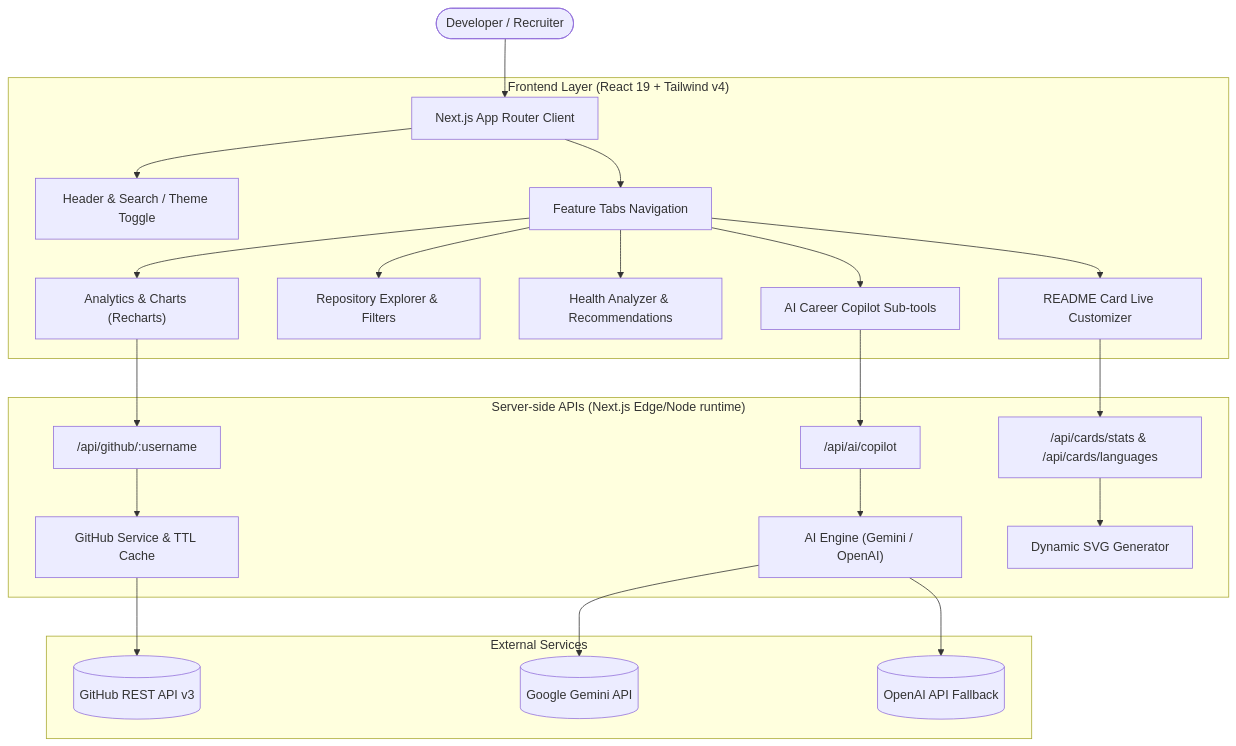
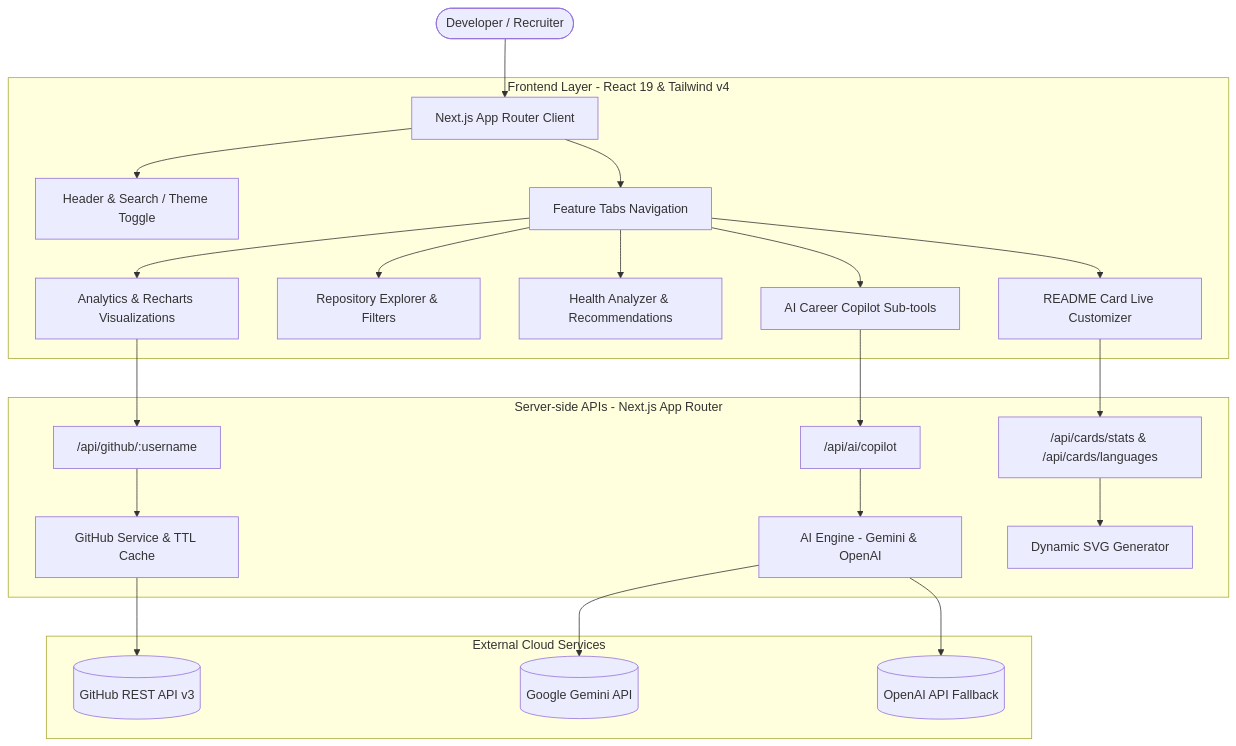
One commit to MdRakibul726/devpulse-ai changed the diagram in README.md. Above: the diagram before and after it, drawn with Mermaid.

Commit message:
fix: refine mermaid syntax for github markdown compatibility

````diff
--- a/README.md
+++ b/README.md
@@ -29,30 +29,30 @@
 ```mermaid
 flowchart TD
     User(["Developer / Recruiter"]) --> WebApp["Next.js App Router Client"]
     
-    subgraph Frontend ["Frontend Layer (React 19 + Tailwind v4)"]
+    subgraph Frontend["Frontend Layer - React 19 & Tailwind v4"]
         WebApp --> Header["Header & Search / Theme Toggle"]
         WebApp --> Tabs["Feature Tabs Navigation"]
-        Tabs --> DashView["Analytics & Charts (Recharts)"]
+        Tabs --> DashView["Analytics & Recharts Visualizations"]
         Tabs --> RepoView["Repository Explorer & Filters"]
         Tabs --> HealthView["Health Analyzer & Recommendations"]
         Tabs --> CopilotView["AI Career Copilot Sub-tools"]
         Tabs --> CardView["README Card Live Customizer"]
     end
 
-    subgraph Backend ["Server-side APIs (Next.js Edge/Node runtime)"]
+    subgraph Backend["Server-side APIs - Next.js App Router"]
         DashView --> RouteGithub["/api/github/:username"]
         CardView --> RouteCards["/api/cards/stats & /api/cards/languages"]
         CopilotView --> RouteCopilot["/api/ai/copilot"]
         
         RouteGithub --> GithubService["GitHub Service & TTL Cache"]
-        RouteCopilot --> AIService["AI Engine (Gemini / OpenAI)"]
+        RouteCopilot --> AIService["AI Engine - Gemini & OpenAI"]
         RouteCards --> SVGGenerator["Dynamic SVG Generator"]
     end
 
-    subgraph External ["External Services"]
+    subgraph External["External Cloud Services"]
         GithubService --> GitHubAPI[("GitHub REST API v3")]
         AIService --> GeminiAPI[("Google Gemini API")]
         AIService --> OpenAIAPI[("OpenAI API Fallback")]
     end
 ```
````
